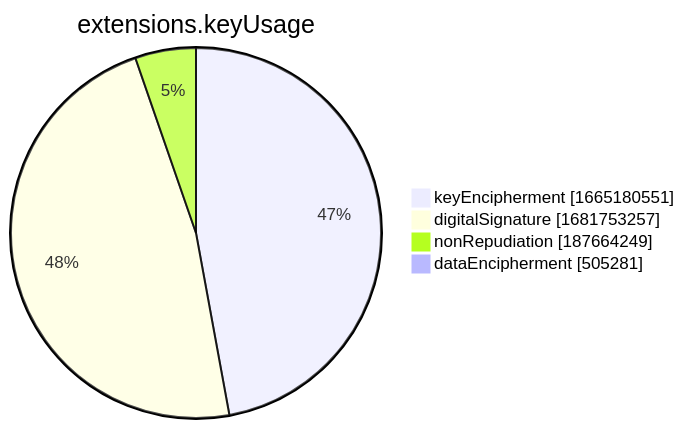
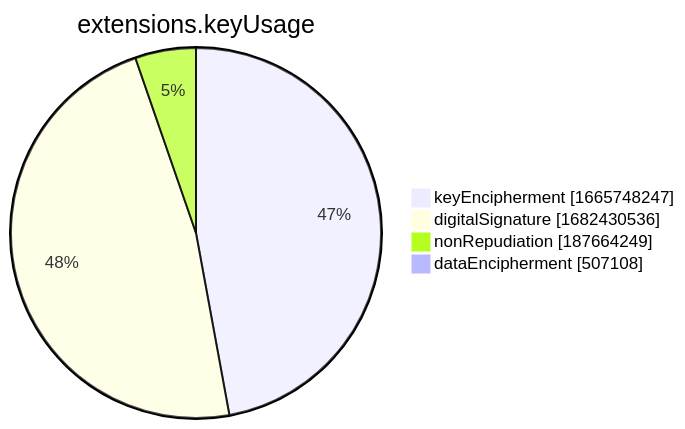
One commit to christiankrug/ctmonitor_visualization changed the seventh of 15 diagrams in xenon2022/README.md. Above: the diagram before and after it, drawn with Mermaid. The commit also changed other lines of this file, not shown here.

````diff
--- a/xenon2022/README.md
+++ b/xenon2022/README.md
@@ -2857,8 +2857,8 @@
 ```mermaid
 pie showData
 title extensions.keyUsage
-"keyEncipherment" :1665180551
-"digitalSignature" :1681753257
+"keyEncipherment" :1665748247
+"digitalSignature" :1682430536
 "nonRepudiation" :187664249
-"dataEncipherment" :505281
+"dataEncipherment" :507108
 ```
````
